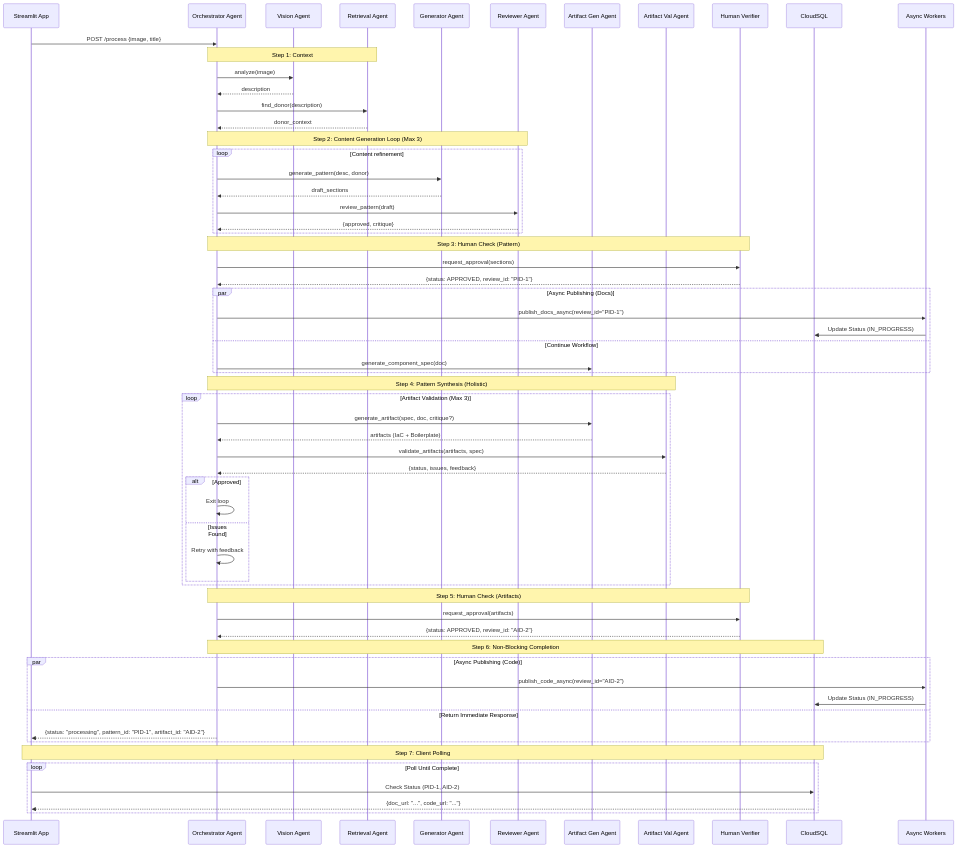
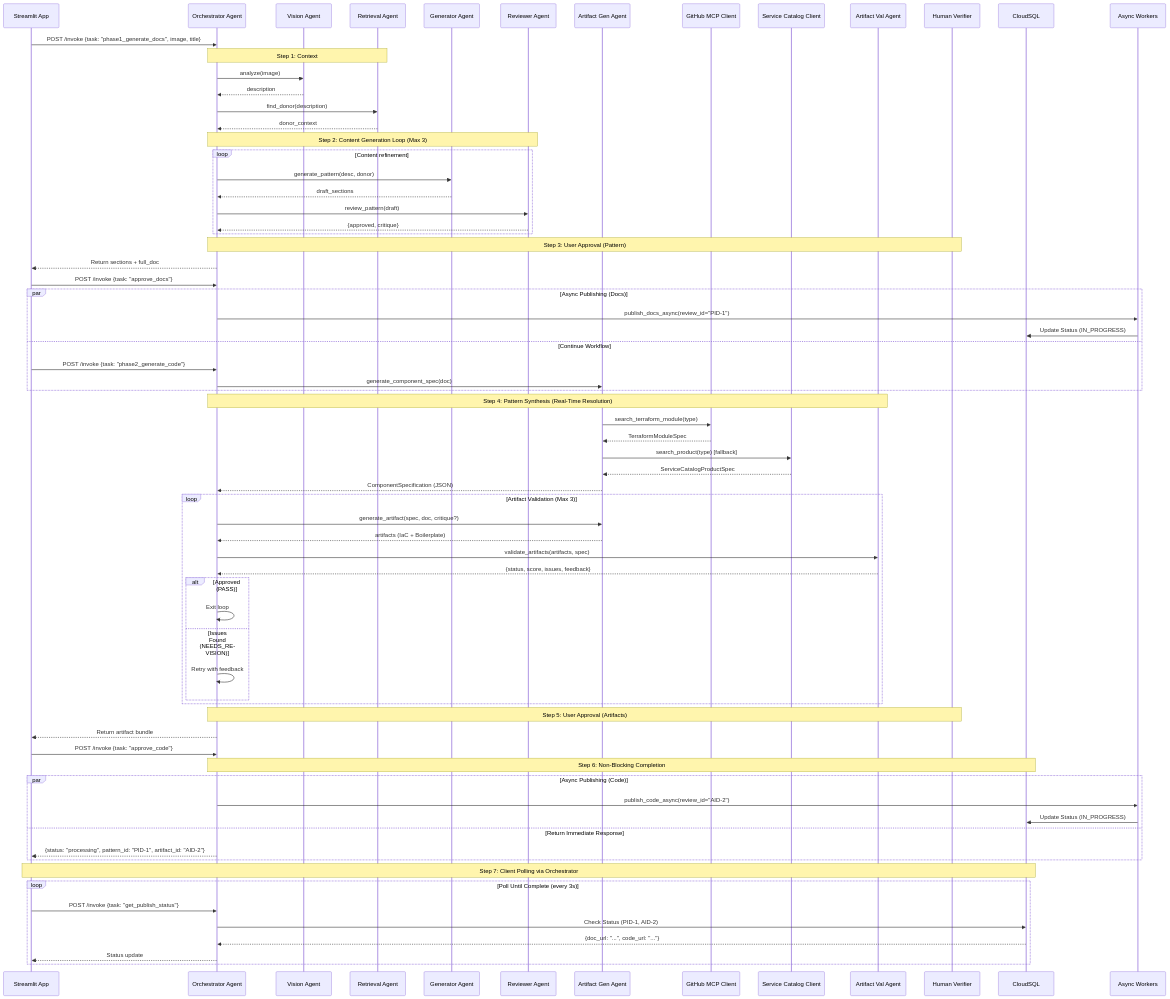
Before and after one commit to rnerurkar/engen: the fourth of 7 diagrams in DESIGN_DOCUMENT.md, drawn with Mermaid. The commit also changed other lines of this file, not shown here.

First line of the commit message:
Update DESIGN_DOCUMENT.md v2.0: Reflect real-time component resolution architecture

````diff
--- a/DESIGN_DOCUMENT.md
+++ b/DESIGN_DOCUMENT.md
@@ -269,12 +342,14 @@
     participant Gen as Generator Agent
     participant Rev as Reviewer Agent
     participant Artifact as Artifact Gen Agent
+    participant GitMCP as GitHub MCP Client
+    participant SvcCat as Service Catalog Client
     participant Validator as Artifact Val Agent
     participant Verifier as Human Verifier
     participant DB as CloudSQL
     participant Async as Async Workers
 
-    Client->>Orch: POST /process {image, title}
+    Client->>Orch: POST /invoke {task: "phase1_generate_docs", image, title}
     
     Note over Orch,Ret: Step 1: Context
     Orch->>Vision: analyze(image)
@@ -290,34 +365,41 @@
         Rev-->>Orch: {approved, critique}
     end
 
-    Note over Orch,Verifier: Step 3: Human Check (Pattern)
-    Orch->>Verifier: request_approval(sections)
-    Verifier-->>Orch: {status: APPROVED, review_id: "PID-1"}
+    Note over Orch,Verifier: Step 3: User Approval (Pattern)
+    Orch-->>Client: Return sections + full_doc
+    Client->>Orch: POST /invoke {task: "approve_docs"}
     
     par Async Publishing (Docs)
         Orch->>Async: publish_docs_async(review_id="PID-1")
         Async->>DB: Update Status (IN_PROGRESS)
     and Continue Workflow
+        Client->>Orch: POST /invoke {task: "phase2_generate_code"}
         Orch->>Artifact: generate_component_spec(doc)
     end
 
-    Note over Orch,Validator: Step 4: Pattern Synthesis (Holistic)
+    Note over Orch,Validator: Step 4: Pattern Synthesis (Real-Time Resolution)
+    
+    Artifact->>GitMCP: search_terraform_module(type)
+    GitMCP-->>Artifact: TerraformModuleSpec
+    Artifact->>SvcCat: search_product(type) [fallback]
+    SvcCat-->>Artifact: ServiceCatalogProductSpec
+    Artifact-->>Orch: ComponentSpecification (JSON)
     
     loop Artifact Validation (Max 3)
         Orch->>Artifact: generate_artifact(spec, doc, critique?)
         Artifact-->>Orch: artifacts (IaC + Boilerplate)
         Orch->>Validator: validate_artifacts(artifacts, spec)
-        Validator-->>Orch: {status, issues, feedback}
-        alt Approved
+        Validator-->>Orch: {status, score, issues, feedback}
+        alt Approved (PASS)
              Orch->>Orch: Exit loop
-        else Issues Found
+        else Issues Found (NEEDS_REVISION)
              Orch->>Orch: Retry with feedback
         end
     end
 
-    Note over Orch,Verifier: Step 5: Human Check (Artifacts)
-    Orch->>Verifier: request_approval(artifacts)
-    Verifier-->>Orch: {status: APPROVED, review_id: "AID-2"}
+    Note over Orch,Verifier: Step 5: User Approval (Artifacts)
+    Orch-->>Client: Return artifact bundle
+    Client->>Orch: POST /invoke {task: "approve_code"}
 
     Note over Orch,DB: Step 6: Non-Blocking Completion
     
@@ -328,9 +410,11 @@
         Orch-->>Client: {status: "processing", pattern_id: "PID-1", artifact_id: "AID-2"}
     end
 
-    Note over Client,DB: Step 7: Client Polling
-    loop Poll Until Complete
-        Client->>DB: Check Status (PID-1, AID-2)
-        DB-->>Client: {doc_url: "...", code_url: "..."}
+    Note over Client,DB: Step 7: Client Polling via Orchestrator
+    loop Poll Until Complete (every 3s)
+        Client->>Orch: POST /invoke {task: "get_publish_status"}
+        Orch->>DB: Check Status (PID-1, AID-2)
+        DB-->>Orch: {doc_url: "...", code_url: "..."}
+        Orch-->>Client: Status update
     end
 ```
````
